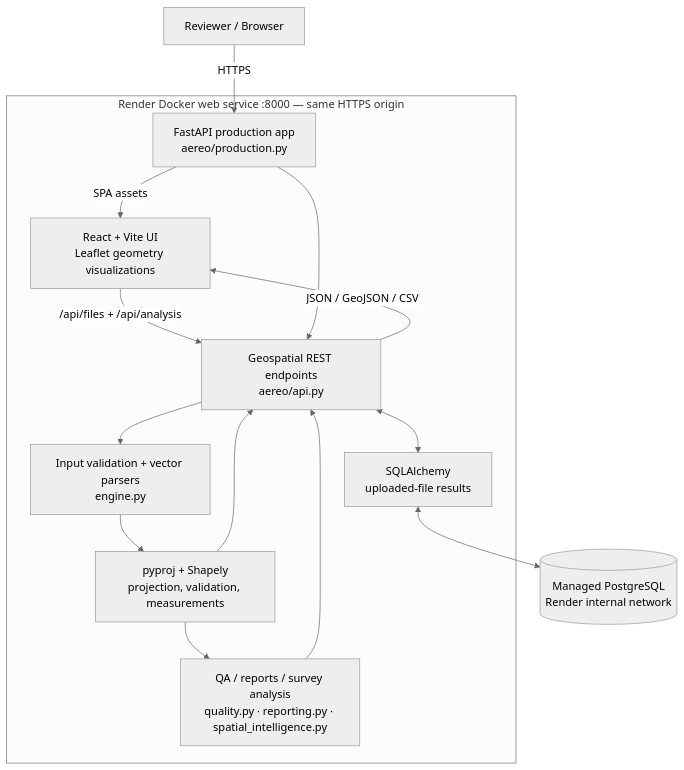
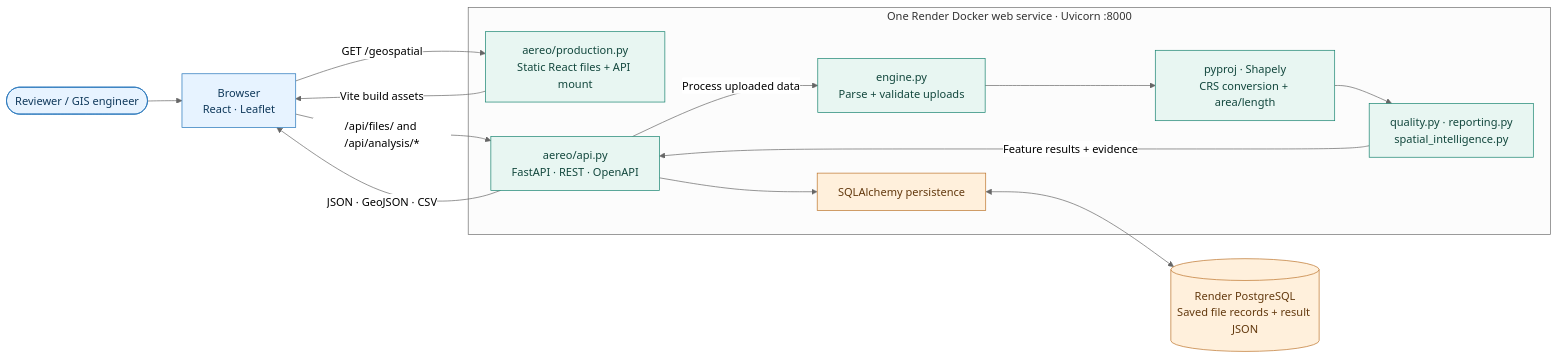
One commit to dhanushgowdars/Spatial-Asset-Management-Platform changed the first of 4 diagrams in README.md. Above: the diagram before and after it, drawn with Mermaid (neutral theme). The commit also changed other lines of this file and 8 other files, not shown here.

Commit message:
docs(aereo): showcase GeoInsight architecture and verified UI results

````diff
--- a/README.md
+++ b/README.md
@@ -138,24 +149,31 @@
 ```mermaid
-flowchart TB
-    User["Reviewer / Browser"]
-    subgraph Service["Render Docker web service :8000 — same HTTPS origin"]
-        UI["React + Vite UI<br/>Leaflet geometry visualizations"]
-        Web["FastAPI production app<br/>aereo/production.py"]
-        API["Geospatial REST endpoints<br/>aereo/api.py"]
-        Reader["Input validation + vector parsers<br/>engine.py"]
-        Compute["pyproj + Shapely<br/>projection, validation, measurements"]
-        Extra["QA / reports / survey analysis<br/>quality.py · reporting.py · spatial_intelligence.py"]
-        ORM["SQLAlchemy<br/>uploaded-file results"]
+flowchart LR
+    R([Reviewer / GIS engineer])
+    B["Browser<br/>React · Leaflet"]
+    subgraph SVC["One Render Docker web service · Uvicorn :8000"]
+        HOST["aereo/production.py<br/>Static React files + API mount"]
+        API["aereo/api.py<br/>FastAPI · REST · OpenAPI"]
+        ENGINE["engine.py<br/>Parse + validate uploads"]
+        PROJ["pyproj · Shapely<br/>CRS conversion + area/length"]
+        EXTRA["quality.py · reporting.py<br/>spatial_intelligence.py"]
+        ORM["SQLAlchemy persistence"]
     end
-    DB[("Managed PostgreSQL<br/>Render internal network")]
-    User -->|"HTTPS"| Web
-    Web -->|"SPA assets"| UI
-    UI -->|"/api/files + /api/analysis"| API
-    Web --> API
-    API --> Reader --> Compute
-    Compute --> Extra
-    Compute --> API
-    Extra --> API
-    API <--> ORM <--> DB
-    API -->|"JSON / GeoJSON / CSV"| UI
+    DB[("Render PostgreSQL<br/>Saved file records + result JSON")]
+    R --> B
+    B -->|"GET /geospatial"| HOST
+    HOST -->|"Vite build assets"| B
+    B -->|"/api/files/ and /api/analysis/*"| API
+    API -->|"Process uploaded data"| ENGINE
+    ENGINE --> PROJ
+    PROJ --> EXTRA
+    EXTRA -->|"Feature results + evidence"| API
+    API --> ORM
+    ORM <--> DB
+    API -->|"JSON · GeoJSON · CSV"| B
+    classDef io fill:#E7F3FF,stroke:#2374B9,color:#10395B
+    classDef calc fill:#E8F6F2,stroke:#17836F,color:#12473D
+    classDef db fill:#FFF0DC,stroke:#BC742B,color:#63390E
+    class R,B io
+    class HOST,API,ENGINE,PROJ,EXTRA calc
+    class ORM,DB db
 ```
````
